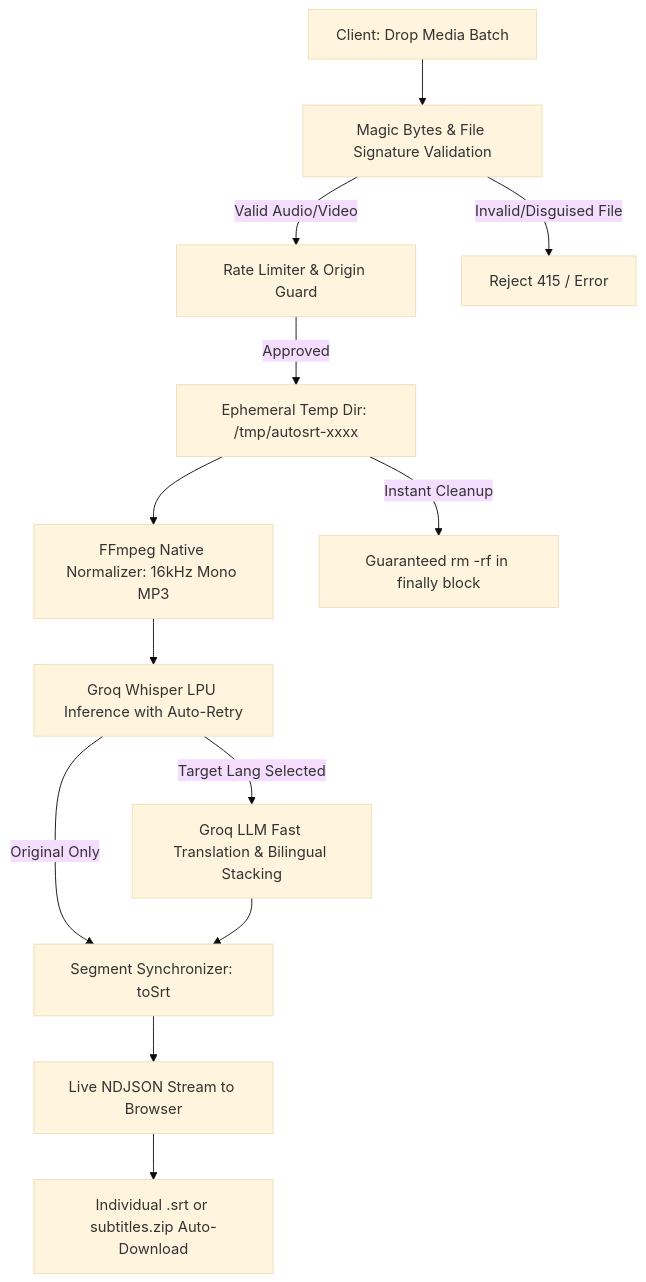
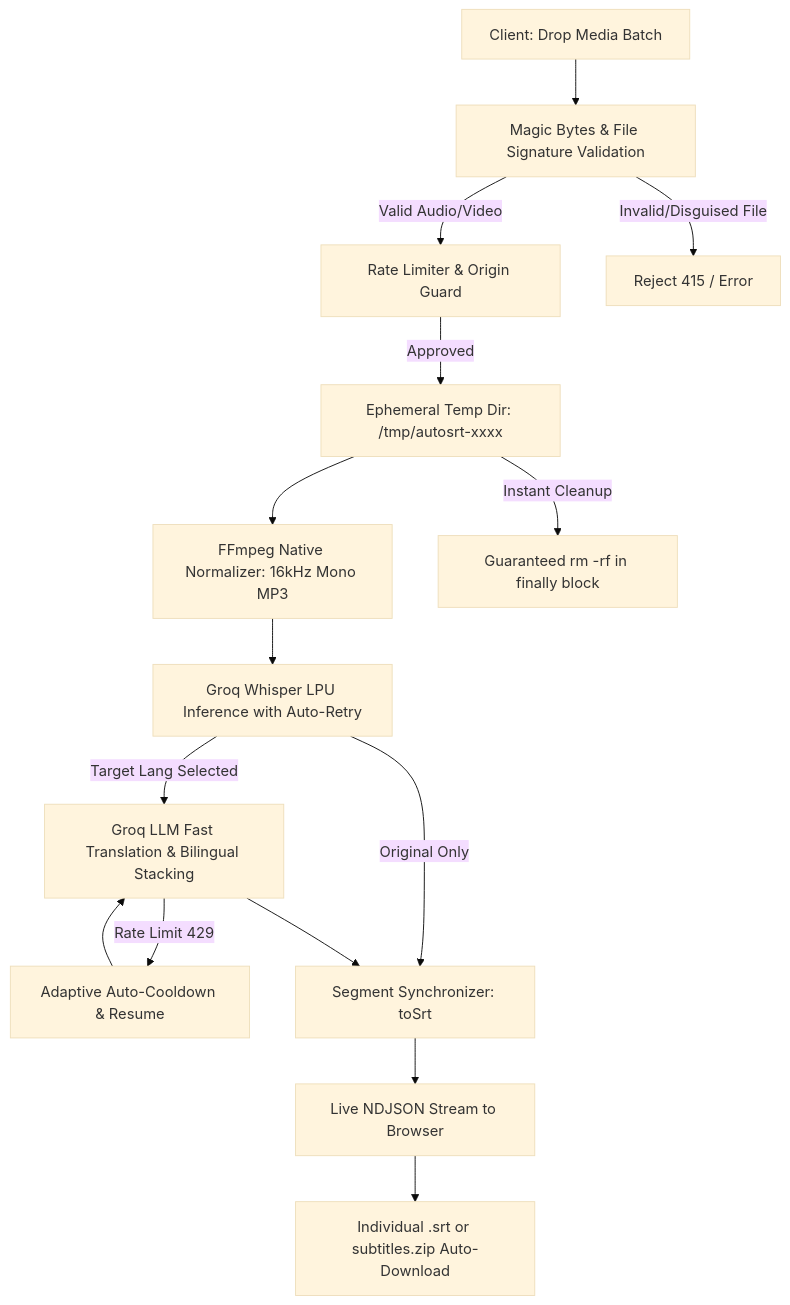
The diagram in README.md (anassaadhamad/AutoSRT), drawn with Mermaid (base theme) before and after one commit. The commit also changed other lines of this file, not shown here.

Commit message:
docs: polish README with official logo, translation matrix, rate limit resilience details, and Arabic overview

````diff
--- a/README.md
+++ b/README.md
@@ -48,15 +54,17 @@
 ```mermaid
 flowchart TD
     A[Client: Drop Media Batch] --> B[Magic Bytes & File Signature Validation]
     B -->|Valid Audio/Video| C[Rate Limiter & Origin Guard]
     B -->|Invalid/Disguised File| X1[Reject 415 / Error]
     C -->|Approved| D[Ephemeral Temp Dir: /tmp/autosrt-xxxx]
     D --> E[FFmpeg Native Normalizer: 16kHz Mono MP3]
     E --> F[Groq Whisper LPU Inference with Auto-Retry]
     F -->|Target Lang Selected| T[Groq LLM Fast Translation & Bilingual Stacking]
+    T -->|Rate Limit 429| R[Adaptive Auto-Cooldown & Resume]
+    R --> T
     F -->|Original Only| G[Segment Synchronizer: toSrt]
     T --> G
     G --> H[Live NDJSON Stream to Browser]
     H --> I[Individual .srt or subtitles.zip Auto-Download]
     D -->|Instant Cleanup| J[Guaranteed rm -rf in finally block]
 ```
````
